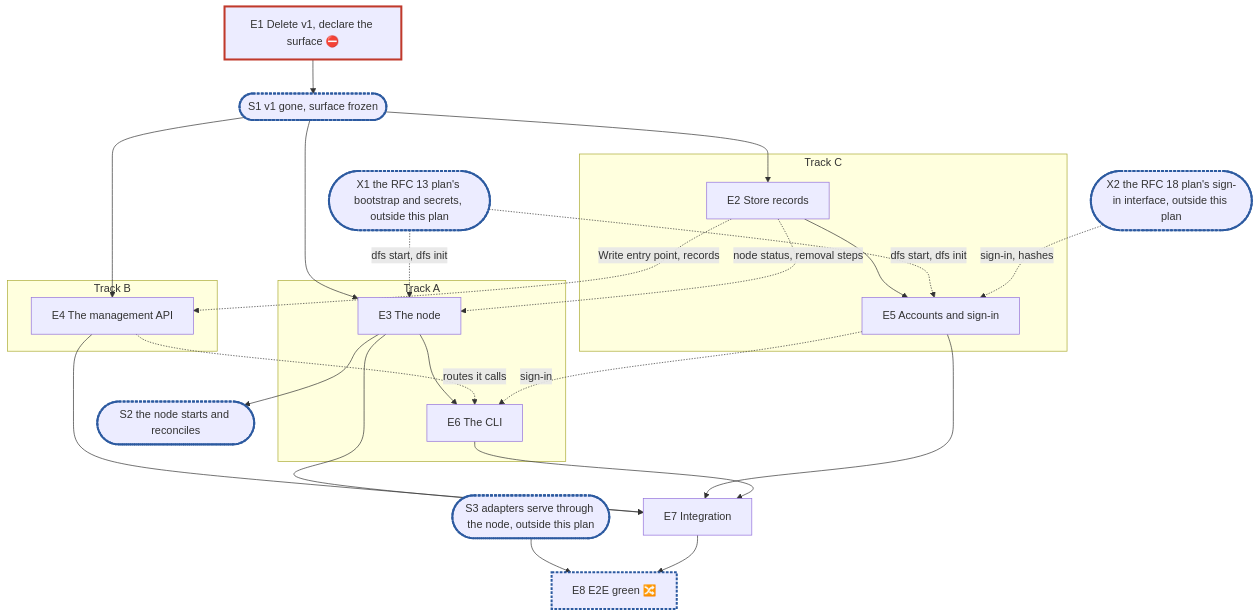
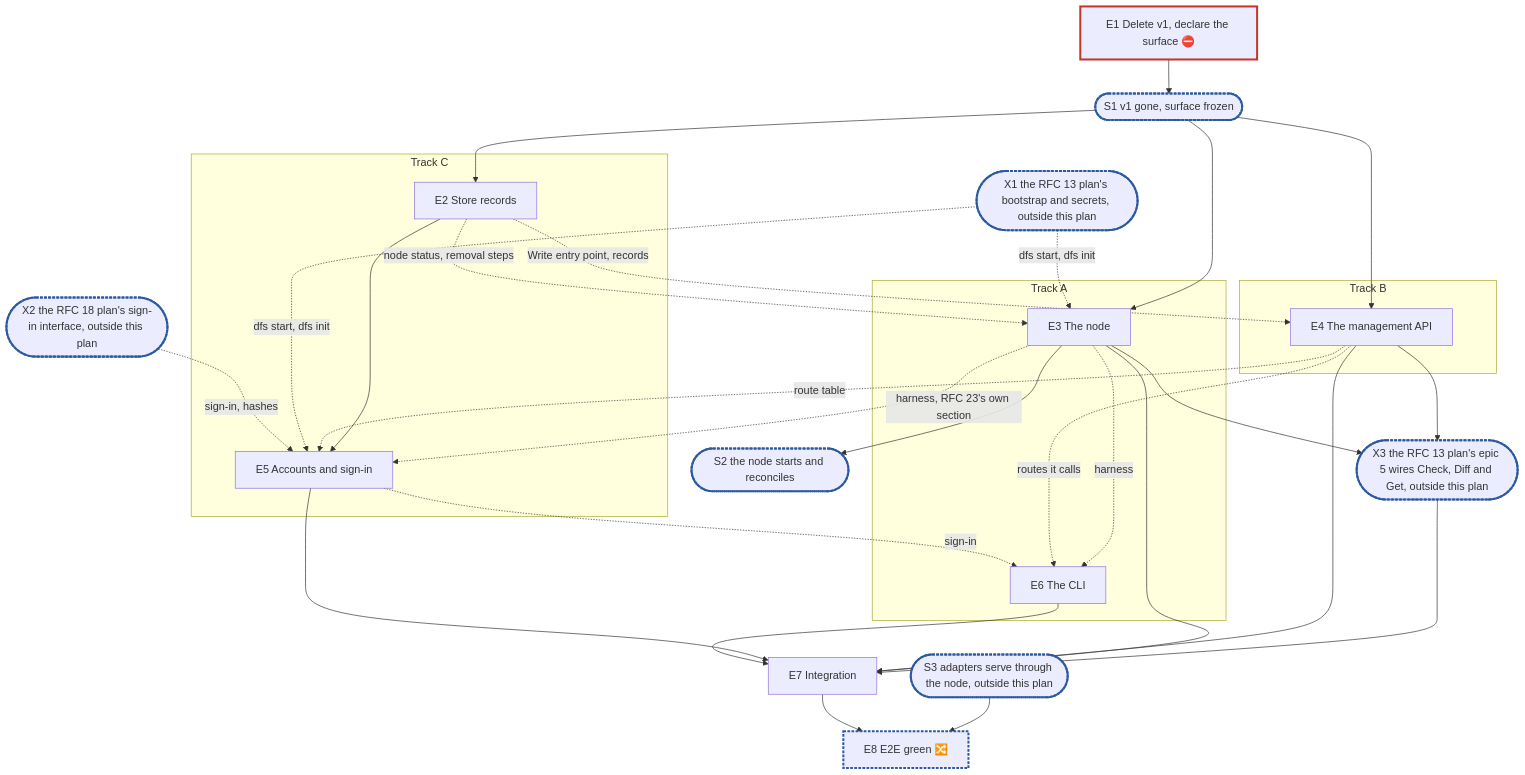
The diagram in docs/internals/planning/rfc-23-control-plane-plan.md (cubbit/dittofs), drawn with Mermaid before and after one commit. The commit also changed other lines of this file and 5 other files, not shown here.

Commit message:
docs(planning): address the fourth review of the RFC 23 plan

````diff
--- a/docs/internals/planning/rfc-23-control-plane-plan.md
+++ b/docs/internals/planning/rfc-23-control-plane-plan.md
@@ -356,26 +363,30 @@
 ```mermaid
 flowchart TD
   E1["E1 Delete v1, declare the surface ⛔"]:::blocker --> S1(["S1 v1 gone, surface frozen"]):::sync
   subgraph A["Track A"]
-    E3["E3 The node"] --> E6["E6 The CLI"]
+    E3["E3 The node"] -. "harness" .-> E6["E6 The CLI"]
   end
   subgraph B["Track B"]
     E4["E4 The management API"]
   end
   subgraph C["Track C"]
     E2["E2 Store records"] --> E5["E5 Accounts and sign-in"]
   end
   S1 --> E2 & E3 & E4
   E2 -. "Write entry point, records" .-> E4
   E2 -. "node status, removal steps" .-> E3
   E3 --> S2(["S2 the node starts and reconciles"]):::sync
   E4 -. "routes it calls" .-> E6
   E5 -. "sign-in" .-> E6
+  E3 -. "harness, RFC 23's own section" .-> E5
+  E4 -. "route table" .-> E5
+  E3 & E4 --> X3(["X3 the RFC 13 plan's epic 5 wires Check, Diff and Get, outside this plan"]):::sync
+  X3 --> E7
   E3 & E4 & E5 & E6 --> E7["E7 Integration"]
   X1(["X1 the RFC 13 plan's bootstrap and secrets, outside this plan"]):::sync -. "dfs start, dfs init" .-> E3 & E5
   X2(["X2 the RFC 18 plan's sign-in interface, outside this plan"]):::sync -. "sign-in, hashes" .-> E5
   S3(["S3 adapters serve through the node, outside this plan"]):::sync --> E8["E8 E2E green 🔀"]:::sync
   E7 --> E8
   classDef blocker stroke:#c0392b,stroke-width:3px
   classDef sync stroke:#2c5aa0,stroke-width:3px,stroke-dasharray:4 2
 ```
````
